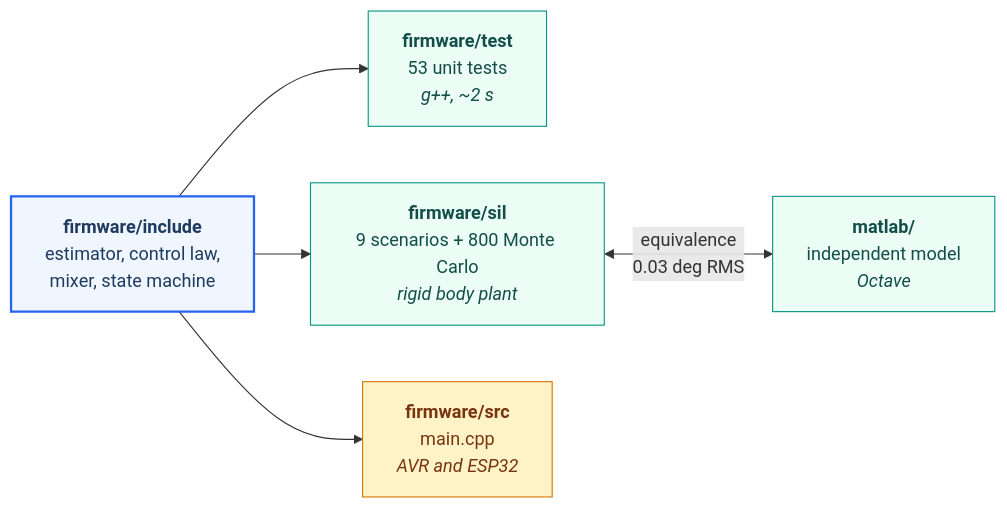
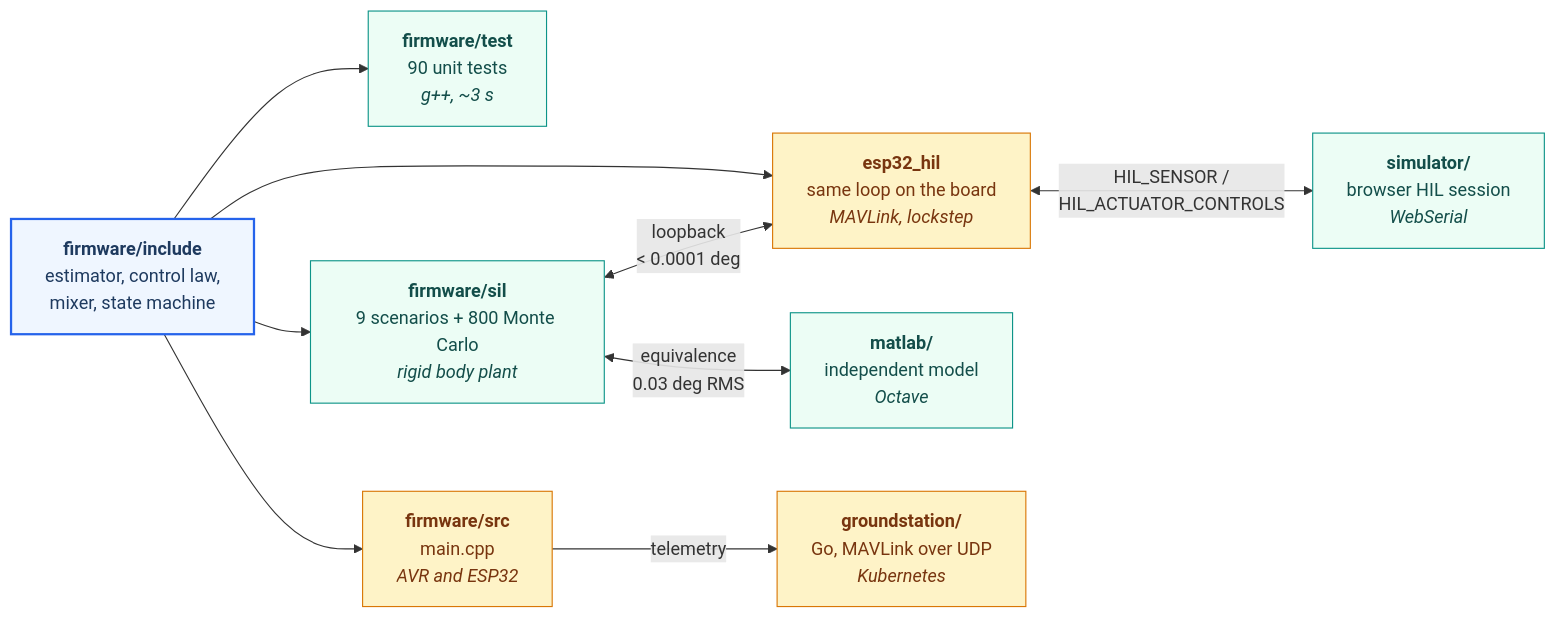
The second of 2 diagrams in docs/architecture.md (KHALEDNOAMAN/DroneCtrl), drawn with Mermaid before and after one commit. The commit also changed other lines of this file and 61 other files, not shown here.

First line of the commit message:
HIL over MAVLink, telemetry, loop timing, Go ground station; fixes in-flight motor cut on signal loss (#15)

````diff
--- a/docs/architecture.md
+++ b/docs/architecture.md
@@ -68,22 +70,29 @@
 ```mermaid
 flowchart LR
     SRC["<b>firmware/include</b><br/>estimator, control law,<br/>mixer, state machine"]
 
-    UT["<b>firmware/test</b><br/>53 unit tests<br/><i>g++, ~2 s</i>"]
+    UT["<b>firmware/test</b><br/>90 unit tests<br/><i>g++, ~3 s</i>"]
     SIL["<b>firmware/sil</b><br/>9 scenarios + 800 Monte Carlo<br/><i>rigid body plant</i>"]
     FW["<b>firmware/src</b><br/>main.cpp<br/><i>AVR and ESP32</i>"]
+    HIL["<b>esp32_hil</b><br/>same loop on the board<br/><i>MAVLink, lockstep</i>"]
 
     MIL["<b>matlab/</b><br/>independent model<br/><i>Octave</i>"]
+    SIM["<b>simulator/</b><br/>browser HIL session<br/><i>WebSerial</i>"]
+    GS["<b>groundstation/</b><br/>Go, MAVLink over UDP<br/><i>Kubernetes</i>"]
 
     SRC --> UT
     SRC --> SIL
     SRC --> FW
+    SRC --> HIL
     SIL <-->|"equivalence<br/>0.03 deg RMS"| MIL
+    SIL <-->|"loopback<br/>&lt; 0.0001 deg"| HIL
+    HIL <-->|"HIL_SENSOR /<br/>HIL_ACTUATOR_CONTROLS"| SIM
+    FW -->|"telemetry"| GS
 
     classDef src fill:#eff6ff,stroke:#2563eb,stroke-width:2px,color:#1e3a5f
     classDef test fill:#ecfdf5,stroke:#0d9488,color:#134e4a
     classDef flight fill:#fef3c7,stroke:#d97706,color:#78350f
     class SRC src
-    class UT,SIL,MIL test
-    class FW flight
+    class UT,SIL,MIL,SIM test
+    class FW,HIL,GS flight
 ```
````
